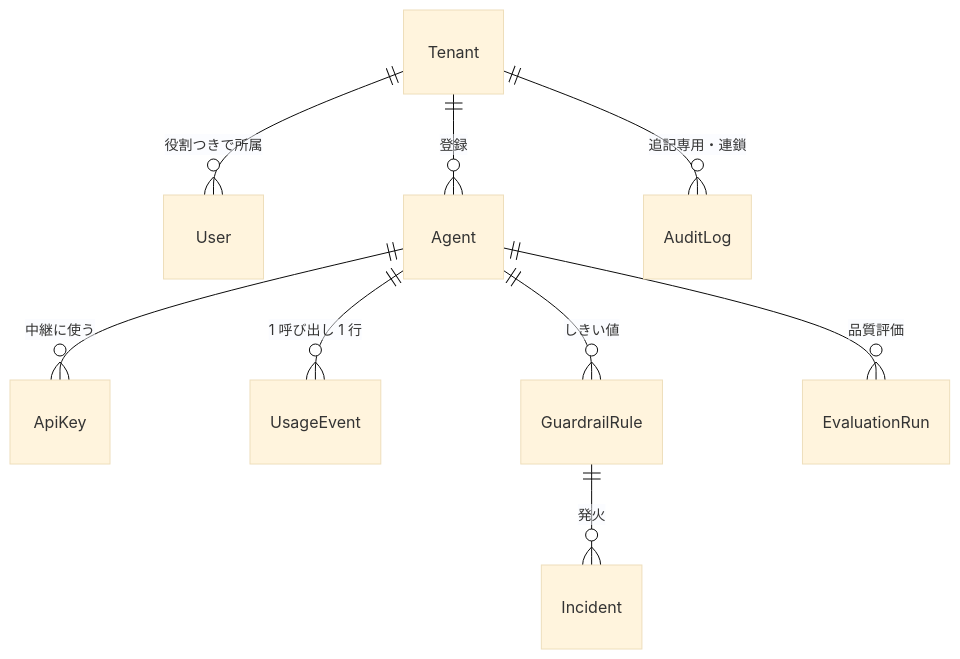
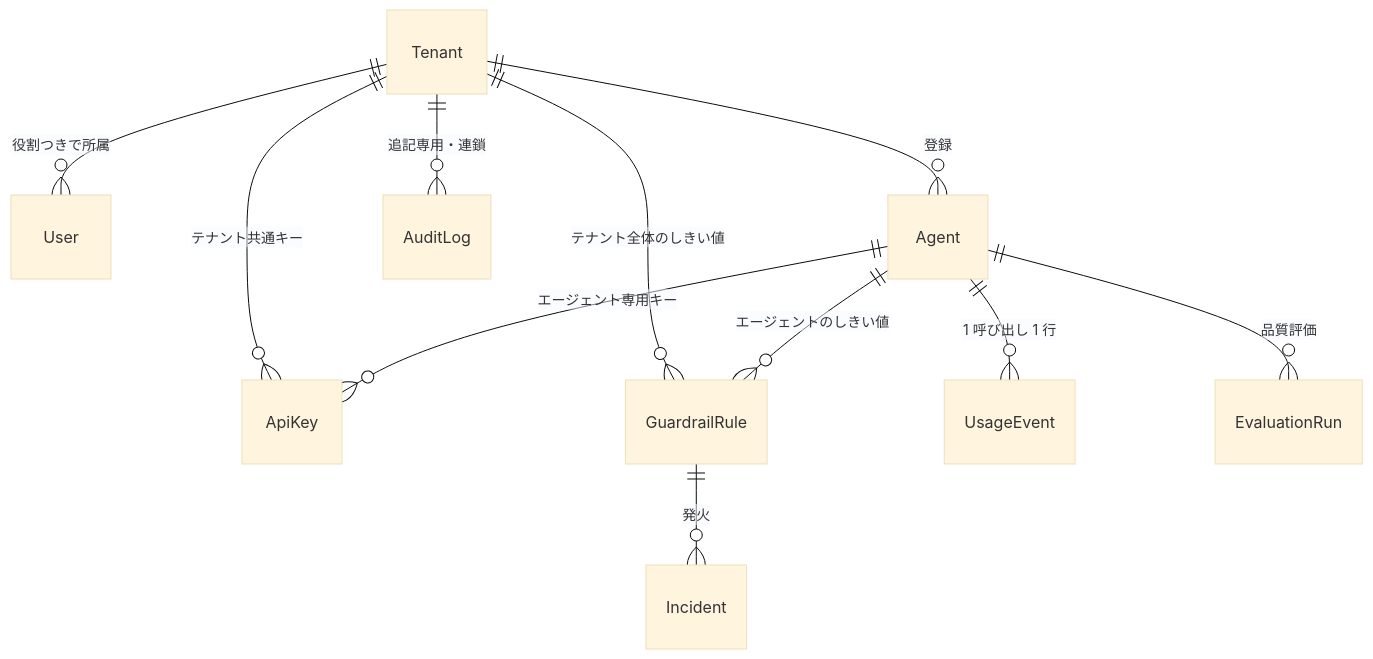
One commit to izumacha/agent-ops changed the fourth of 4 diagrams in docs/overview.md. Above: the diagram before and after it, drawn with Mermaid (base theme). The commit also changed other lines of this file, not shown here.

````diff
--- a/docs/overview.md
+++ b/docs/overview.md
@@ -138,11 +143,13 @@
 ```mermaid
 erDiagram
   Tenant ||--o{ User : "役割つきで所属"
   Tenant ||--o{ Agent : "登録"
-  Agent ||--o{ ApiKey : "中継に使う"
+  Tenant ||--o{ ApiKey : "テナント共通キー"
+  Tenant ||--o{ GuardrailRule : "テナント全体のしきい値"
+  Agent ||--o{ ApiKey : "エージェント専用キー"
   Agent ||--o{ UsageEvent : "1 呼び出し 1 行"
-  Agent ||--o{ GuardrailRule : "しきい値"
+  Agent ||--o{ GuardrailRule : "エージェントのしきい値"
   GuardrailRule ||--o{ Incident : "発火"
   Agent ||--o{ EvaluationRun : "品質評価"
   Tenant ||--o{ AuditLog : "追記専用・連鎖"
 ```
````
